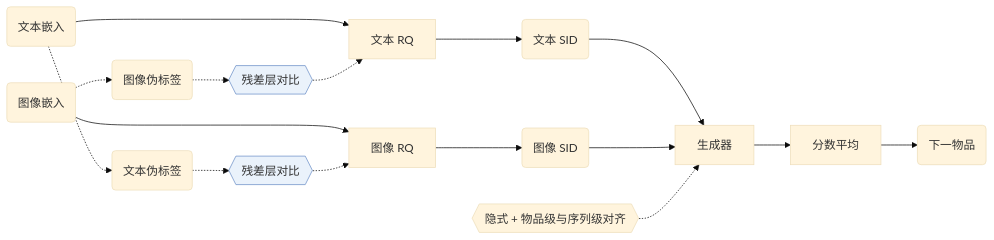
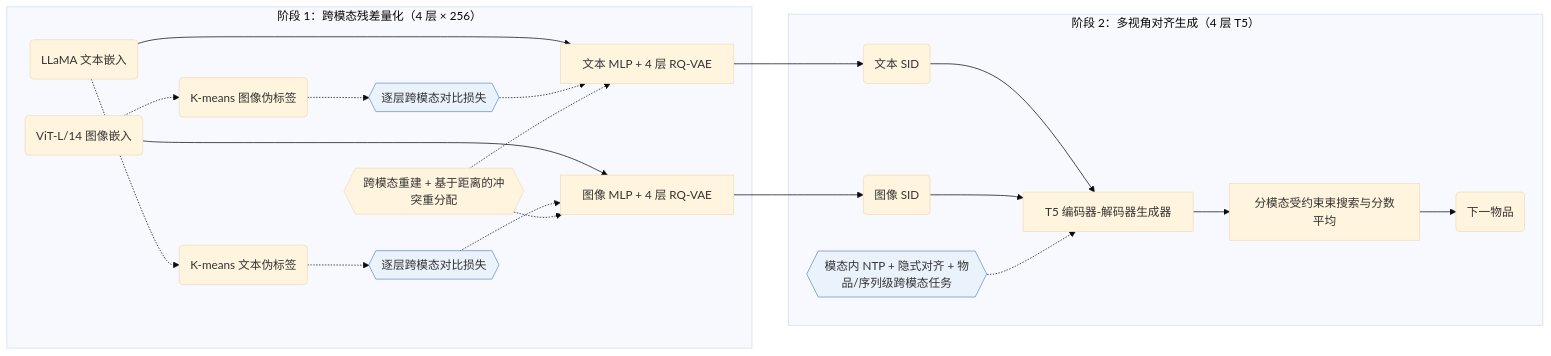
Before and after one commit to Galaxy-ghost/Awesome-SID-Generative-Rec: the diagram in notes/zh/macrec.md, drawn with Mermaid (base theme). The commit also changed other lines of this file and 649 other files, not shown here.

Commit message:
writer-05: also tags and modality index (schema, check, build, visuals); summary field removed; calibration data for 12 papers

````diff
--- a/notes/zh/macrec.md
+++ b/notes/zh/macrec.md
@@ -15,19 +16,25 @@
 ```mermaid
 flowchart LR
-    A("文本嵌入") --> C["文本 RQ"]
-    B("图像嵌入") --> D["图像 RQ"]
-    A -.-> PT("文本伪标签")
-    B -.-> PI("图像伪标签")
-    PI -.-> L1{{"残差层对比"}}:::key
-    PT -.-> L2{{"残差层对比"}}:::key
-    L1 -.-> C
-    L2 -.-> D
+    subgraph S1["阶段 1：跨模态残差量化（4 层 × 256）"]
+        A("LLaMA 文本嵌入") --> C["文本 MLP + 4 层 RQ-VAE"]
+        B("ViT-L/14 图像嵌入") --> D["图像 MLP + 4 层 RQ-VAE"]
+        A -.-> PT("K-means 文本伪标签")
+        B -.-> PI("K-means 图像伪标签")
+        PI -.-> L1{{"逐层跨模态对比损失"}}:::key
+        PT -.-> L2{{"逐层跨模态对比损失"}}:::key
+        L1 -.-> C
+        L2 -.-> D
+        L0{{"跨模态重建 + 基于距离的冲突重分配"}} -.-> C
+        L0 -.-> D
+    end
     C --> E("文本 SID")
     D --> F("图像 SID")
-    E --> G["生成器"]
-    F --> G
-    L3{{"隐式 + 物品级与序列级对齐"}} -.-> G
-    G --> H["分数平均"]
-    H --> I("下一物品")
+    subgraph S2["阶段 2：多视角对齐生成（4 层 T5）"]
+        E --> G["T5 编码器-解码器生成器"]
+        F --> G
+        L3{{"模态内 NTP + 隐式对齐 + 物品/序列级跨模态任务"}}:::key -.-> G
+        G --> H["分模态受约束束搜索与分数平均"]
+        H --> I("下一物品")
+    end
     classDef key fill:#eaf2fb,stroke:#6b8fc7
 ```
````
